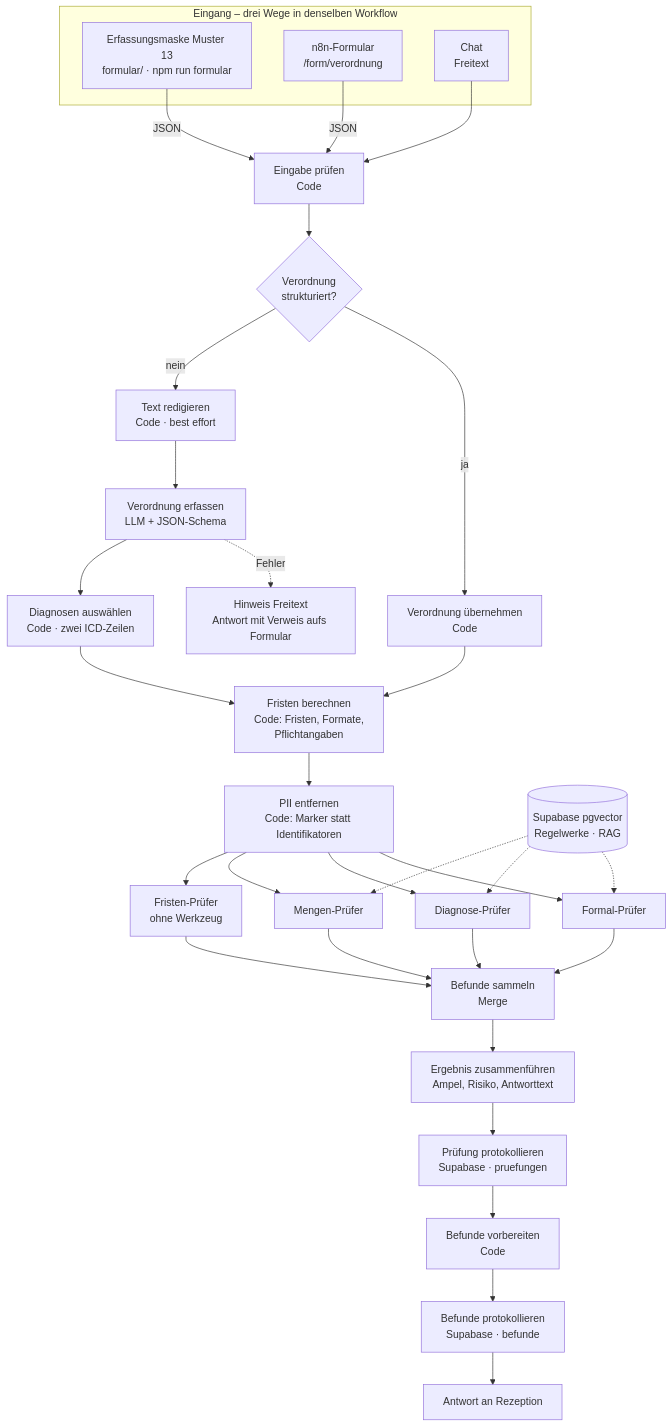
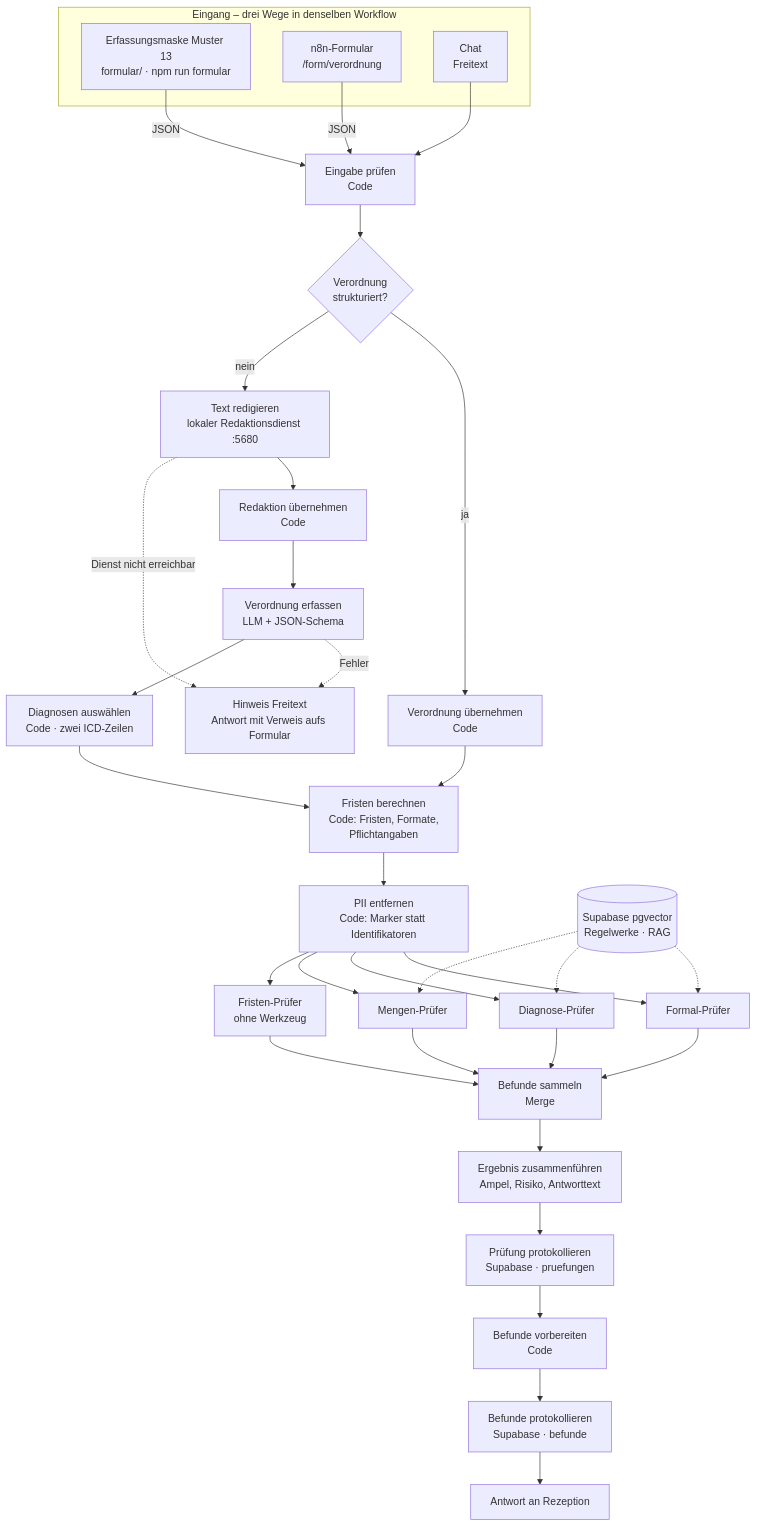
Before and after one commit to ValentinKlamka/verordnungs-check: the diagram in README.md, drawn with Mermaid. The commit also changed other lines of this file and 17 other files, not shown here.

First line of the commit message:
Freitext-Redaktion über lokalen HuggingFace-Dienst

````diff
--- a/README.md
+++ b/README.md
@@ -69,36 +72,38 @@
 ```mermaid
 flowchart TB
   subgraph EINGANG["Eingang – drei Wege in denselben Workflow"]
     M["Erfassungsmaske Muster 13<br/>formular/ · npm run formular"]
     F["n8n-Formular<br/>/form/verordnung"]
     C["Chat<br/>Freitext"]
   end
 
   M -->|JSON| W["Eingabe prüfen<br/>Code"]
   F -->|JSON| W
   C --> W
   W --> I{"Verordnung<br/>strukturiert?"}
 
   I -->|ja| U["Verordnung übernehmen<br/>Code"]
-  I -->|nein| R["Text redigieren<br/>Code · best effort"]
-  R --> X["Verordnung erfassen<br/>LLM + JSON-Schema"]
+  I -->|nein| R["Text redigieren<br/>lokaler Redaktionsdienst :5680"]
+  R --> R2["Redaktion übernehmen<br/>Code"]
+  R2 --> X["Verordnung erfassen<br/>LLM + JSON-Schema"]
   X -.->|Fehler| H["Hinweis Freitext<br/>Antwort mit Verweis aufs Formular"]
+  R -.->|Dienst nicht erreichbar| H
   X --> A["Diagnosen auswählen<br/>Code · zwei ICD-Zeilen"]
 
   A --> B["Fristen berechnen<br/>Code: Fristen, Formate,<br/>Pflichtangaben"]
   U --> B
   B --> P["PII entfernen<br/>Code: Marker statt Identifikatoren"]
 
   P --> D1["Formal-Prüfer"]
   P --> D2["Diagnose-Prüfer"]
   P --> D3["Mengen-Prüfer"]
   P --> D4["Fristen-Prüfer<br/>ohne Werkzeug"]
   KB[("Supabase pgvector<br/>Regelwerke · RAG")] -.-> D1 & D2 & D3
 
   D1 & D2 & D3 & D4 --> S["Befunde sammeln<br/>Merge"]
   S --> E["Ergebnis zusammenführen<br/>Ampel, Risiko, Antworttext"]
   E --> L1["Prüfung protokollieren<br/>Supabase · pruefungen"]
   L1 --> L2["Befunde vorbereiten<br/>Code"]
   L2 --> L3["Befunde protokollieren<br/>Supabase · befunde"]
   L3 --> G["Antwort an Rezeption"]
 ```
````
